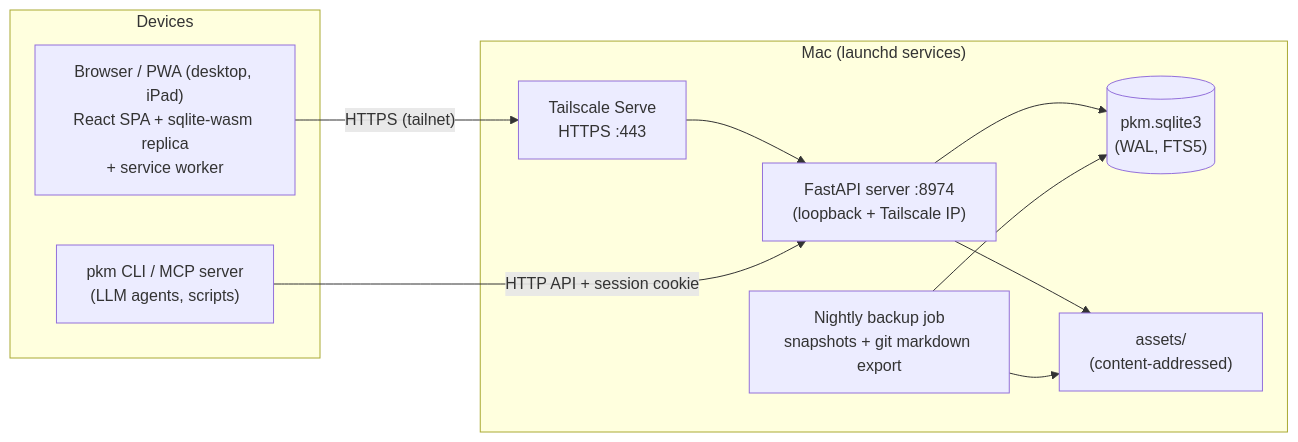
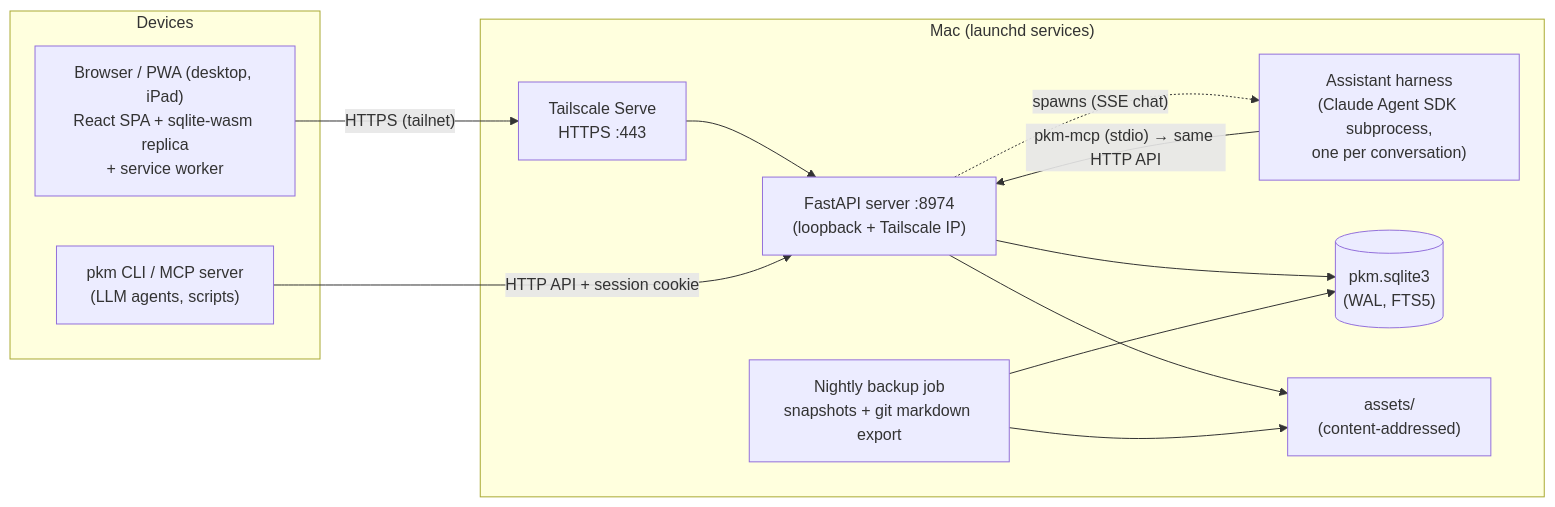
One commit to ArthurClune/pkm-system changed the diagram in docs/architecture/overview.md. Above: the diagram before and after it, drawn with Mermaid. The commit also changed other lines of this file and 4 other files, not shown here.

First line of the commit message:
docs(pkm-kwak): cover the pkm-wn2s embedded assistant in architecture docs

````diff
--- a/docs/architecture/overview.md
+++ b/docs/architecture/overview.md
@@ -23,22 +23,25 @@
 ```mermaid
 flowchart LR
     subgraph Devices
         A["Browser / PWA (desktop, iPad)<br/>React SPA + sqlite-wasm replica<br/>+ service worker"]
         CLI["pkm CLI / MCP server<br/>(LLM agents, scripts)"]
     end
 
     subgraph Mac["Mac (launchd services)"]
         TS["Tailscale Serve<br/>HTTPS :443"]
         S["FastAPI server :8974<br/>(loopback + Tailscale IP)"]
+        AI["Assistant harness<br/>(Claude Agent SDK subprocess,<br/>one per conversation)"]
         DB[("pkm.sqlite3<br/>(WAL, FTS5)")]
         AS["assets/<br/>(content-addressed)"]
         BK["Nightly backup job<br/>snapshots + git markdown export"]
     end
 
     A -- "HTTPS (tailnet)" --> TS --> S
     CLI -- "HTTP API + session cookie" --> S
+    S -. "spawns (SSE chat)" .-> AI
+    AI -- "pkm-mcp (stdio) → same HTTP API" --> S
     S --> DB
     S --> AS
     BK --> DB
     BK --> AS
 ```
````
